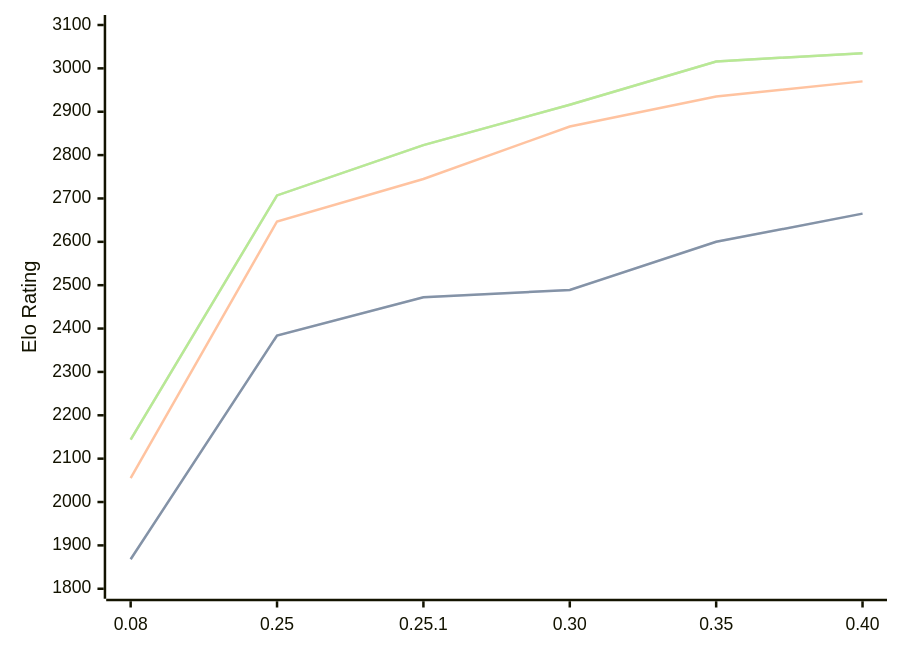
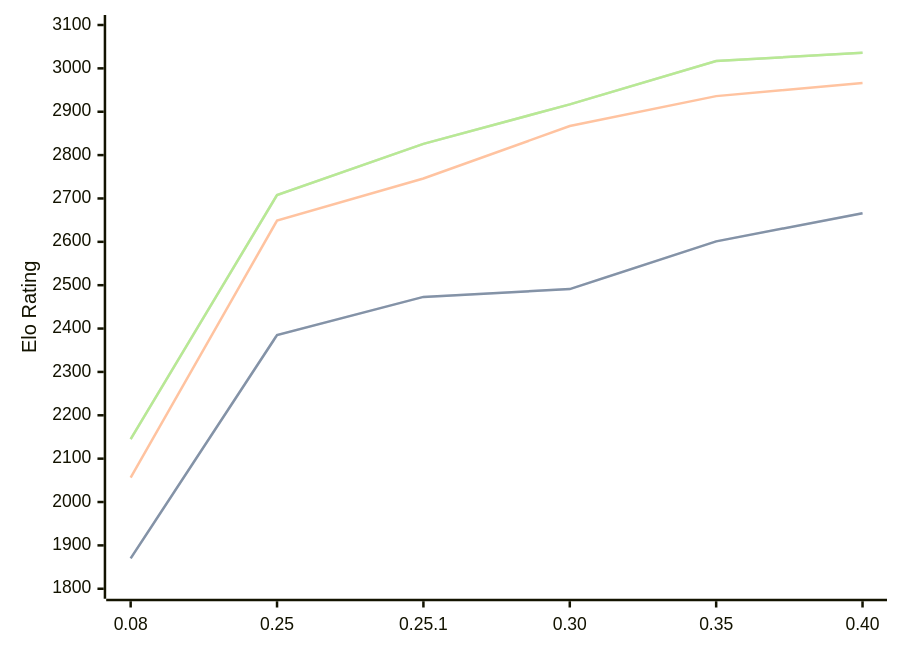
One commit to computer-chess-index/cci changed the diagram in engines/Gecko.md. Above: the diagram before and after it, drawn with Mermaid. The commit also changed other lines of this file, not shown here.

Commit message:
Update CCI Ratings (ELO VLTC) - 2026-08-09

````diff
--- a/engines/Gecko.md
+++ b/engines/Gecko.md
@@ -36,11 +36,11 @@
 ```mermaid
 %%{init: {"theme":"base","themeVariables":{"seriesColors:['#a3a3a3','#222221','#faa371']}}}%%
 xychart-beta
   x-axis ["0.08", "0.25", "0.25.1", "0.30", "0.35", "0.40"]
   y-axis "Elo Rating" 1800 --> 3100
-  line "STC (8.0+0.08s)" [1868, 2384, 2472, 2489, 2600, 2665]
-  line "STC (8.0+0.08s)" [1868, 2384, 2472, 2489, 2600, 2665]
-  line "LTC (60.0+0.60s)" [2055, 2647, 2745, 2866, 2935, 2970]
-  line "VLTC (2m24s+1.12s)" [2144, 2707, 2823, 2916, 3016, 3035]
-  line "VLTC (2m24s+1.12s)" [2144, 2707, 2823, 2916, 3016, 3035]
+  line "STC (8.0+0.08s)" [1870, 2385, 2473, 2491, 2601, 2666]
+  line "STC (8.0+0.08s)" [1870, 2385, 2473, 2491, 2601, 2666]
+  line "LTC (60.0+0.60s)" [2056, 2649, 2746, 2867, 2936, 2966]
+  line "VLTC (2m24s+1.12s)" [2145, 2708, 2826, 2917, 3017, 3036]
+  line "VLTC (2m24s+1.12s)" [2145, 2708, 2826, 2917, 3017, 3036]
 ```
````
